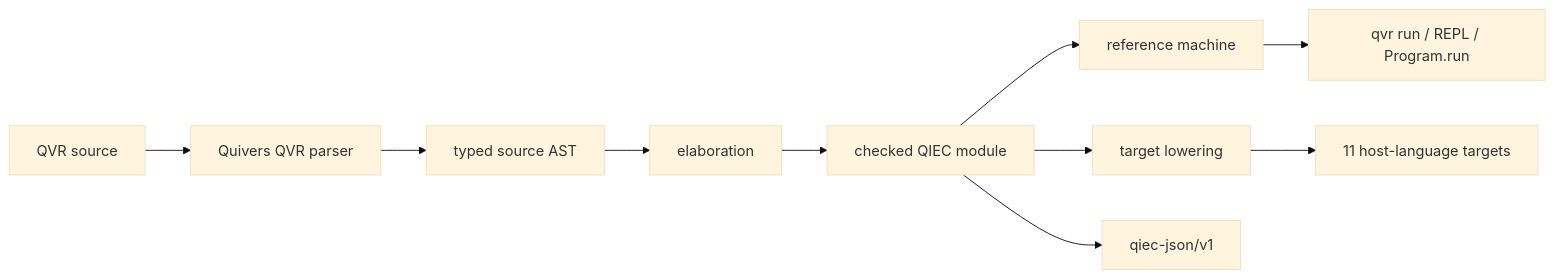
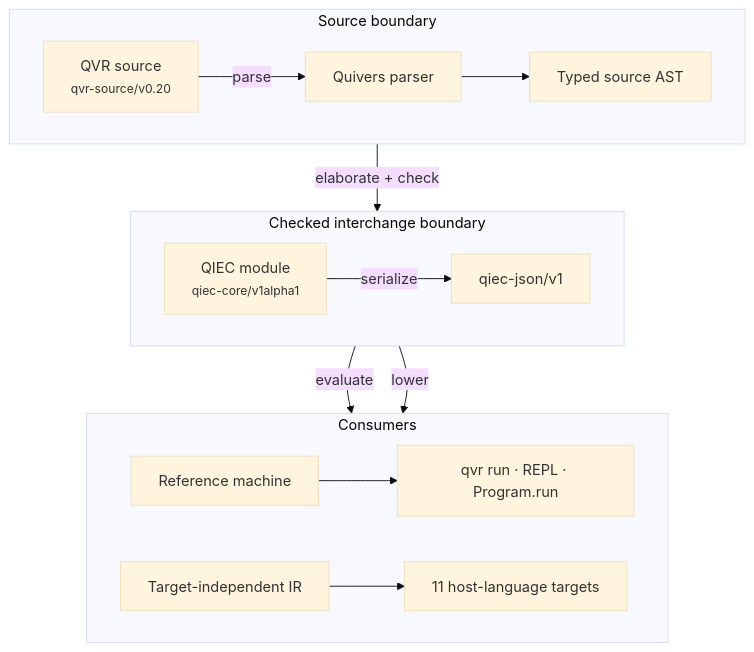
One commit to FACTSlab/quivers changed the diagram in docs/reference/qvr/index.md. Above: the diagram before and after it, drawn with Mermaid (base theme). The commit also changed 106 other files, not shown here.

````diff
--- a/docs/reference/qvr/index.md
+++ b/docs/reference/qvr/index.md
@@ -84,12 +84,20 @@
 ```mermaid
-flowchart LR
-    S[QVR source] --> P[Quivers QVR parser]
-    P --> A[typed source AST]
-    A --> E[elaboration]
-    E --> Q[checked QIEC module]
-    Q --> R[reference machine]
-    Q --> T[target lowering]
-    Q --> J[qiec-json/v1]
-    R --> C[qvr run / REPL / Program.run]
-    T --> H[11 host-language targets]
+flowchart TB
+    subgraph AUTHOR["Source boundary"]
+        direction LR
+        S["QVR source<br/><small>qvr-source/v0.20</small>"] -->|parse| P["Quivers parser"] --> A["Typed source AST"]
+    end
+    subgraph KERNEL["Checked interchange boundary"]
+        direction LR
+        A -->|elaborate + check| Q["QIEC module<br/><small>qiec-core/v1alpha1</small>"]
+        Q -->|serialize| J["qiec-json/v1"]
+    end
+    subgraph CONSUMERS["Consumers"]
+        direction LR
+        Q -->|evaluate| R["Reference machine"] --> C["qvr run · REPL · Program.run"]
+        Q -->|lower| T["Target-independent IR"] --> H["11 host-language targets"]
+    end
+    class S qv-input
+    class P,A,Q,J,T qv-checked
+    class R,C,H qv-output
 ```
````
